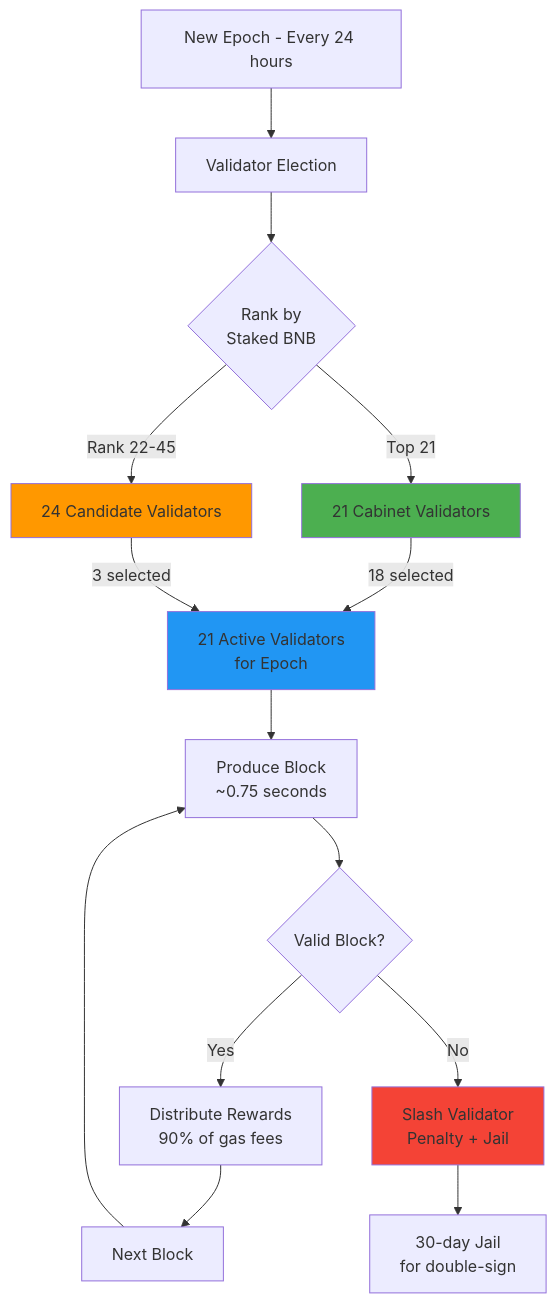
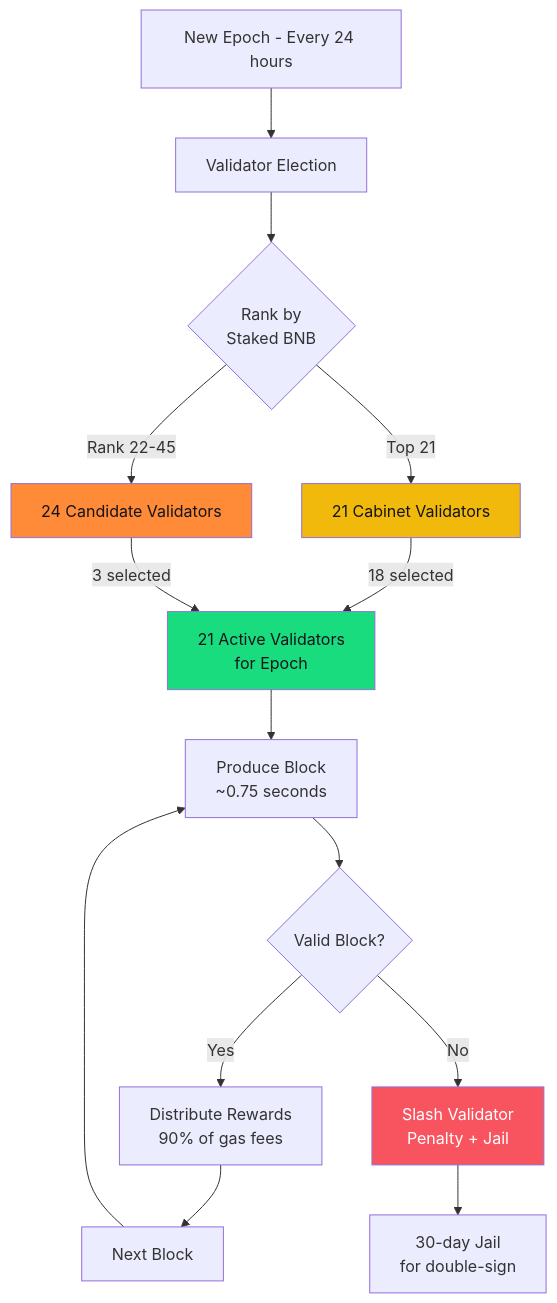
The third of 8 diagrams in ai/binance-smart-chain-overview.md (quochuydev/quochuydev), drawn with Mermaid before and after one commit. The commit also changed other lines of this file, not shown here.

First line of the commit message:
Update BNB Chain diagrams with official brand colors

````diff
--- a/ai/binance-smart-chain-overview.md
+++ b/ai/binance-smart-chain-overview.md
@@ -64,26 +64,26 @@
 ```mermaid
 flowchart TD
     Start[New Epoch - Every 24 hours] --> Election[Validator Election]
     Election --> Stake{Rank by<br/>Staked BNB}
 
     Stake -->|Top 21| Cabinet[21 Cabinet Validators]
     Stake -->|Rank 22-45| Candidate[24 Candidate Validators]
 
     Cabinet -->|18 selected| Active[21 Active Validators<br/>for Epoch]
     Candidate -->|3 selected| Active
 
     Active --> Block[Produce Block<br/>~0.75 seconds]
     Block --> Verify{Valid Block?}
 
     Verify -->|Yes| Reward[Distribute Rewards<br/>90% of gas fees]
     Verify -->|No| Slash[Slash Validator<br/>Penalty + Jail]
 
     Reward --> NextBlock[Next Block]
     Slash --> Jail[30-day Jail<br/>for double-sign]
     NextBlock --> Block
 
-    style Cabinet fill:#4caf50
-    style Candidate fill:#ff9800
-    style Active fill:#2196f3
-    style Slash fill:#f44336
+    style Cabinet fill:#F0B90B,color:#14151A
+    style Candidate fill:#FF8A38,color:#14151A
+    style Active fill:#18DC7E,color:#14151A
+    style Slash fill:#F8545F,color:#fff
 ```
````
